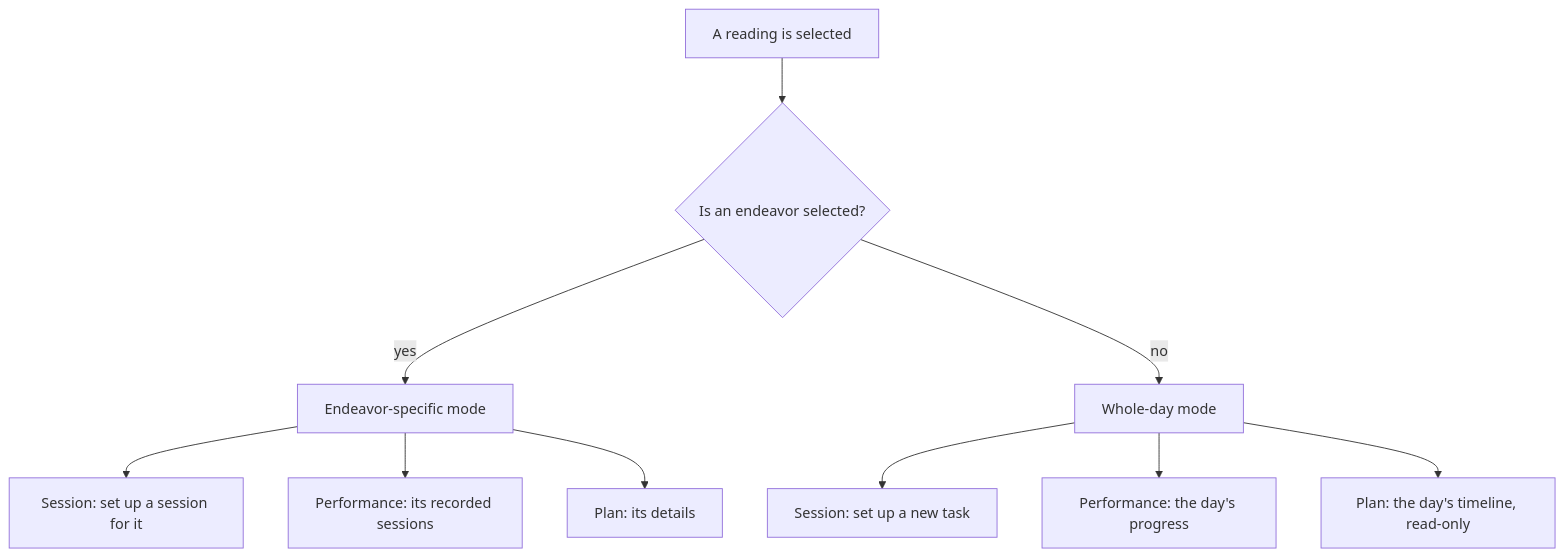
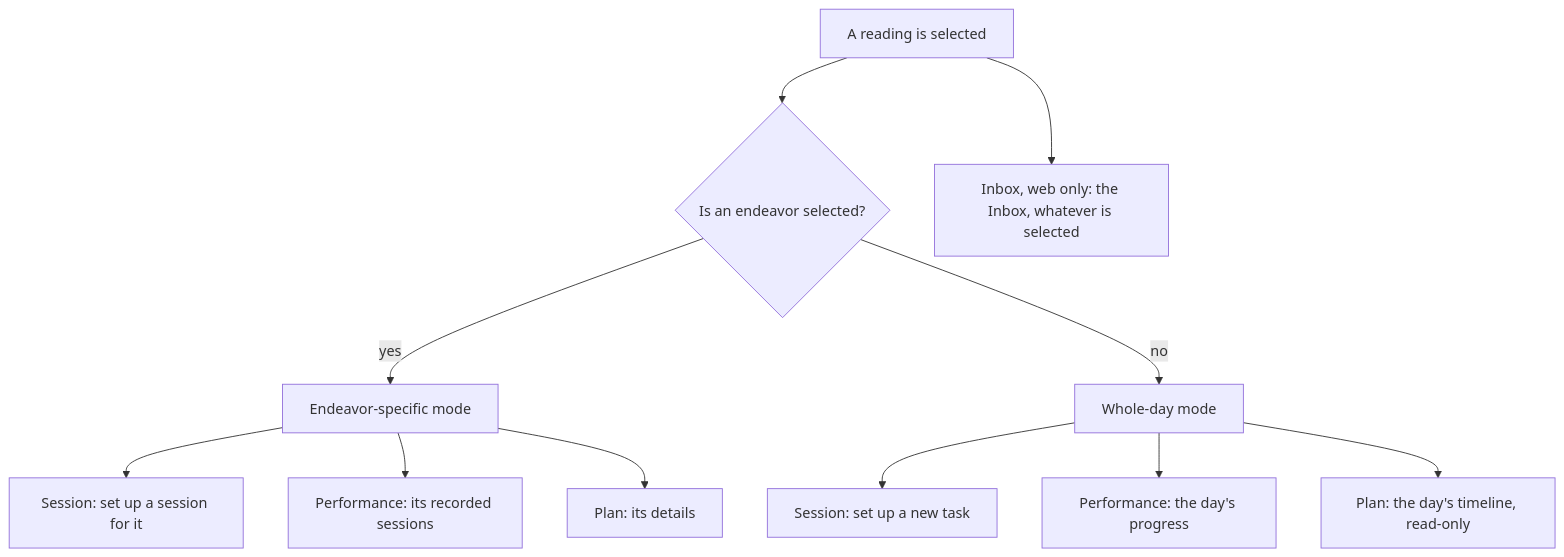
One commit to zheref/kro-pwa changed the second of 2 diagrams in docs/Features/MacDetailPane.md. Above: the diagram before and after it, drawn with Mermaid. The commit also changed other lines of this file and 139 other files, not shown here.

````diff
--- a/docs/Features/MacDetailPane.md
+++ b/docs/Features/MacDetailPane.md
@@ -160,12 +180,13 @@
 ```mermaid
 flowchart TD
     A[A reading is selected] --> B{Is an endeavor selected?}
     B -- yes --> C[Endeavor-specific mode]
     B -- no --> D[Whole-day mode]
     C --> C1[Session: set up a session for it]
     C --> C2[Performance: its recorded sessions]
     C --> C3[Plan: its details]
     D --> D1[Session: set up a new task]
     D --> D2[Performance: the day's progress]
     D --> D3[Plan: the day's timeline, read-only]
+    A --> E4[Inbox, web only: the Inbox, whatever is selected]
 ```
````
